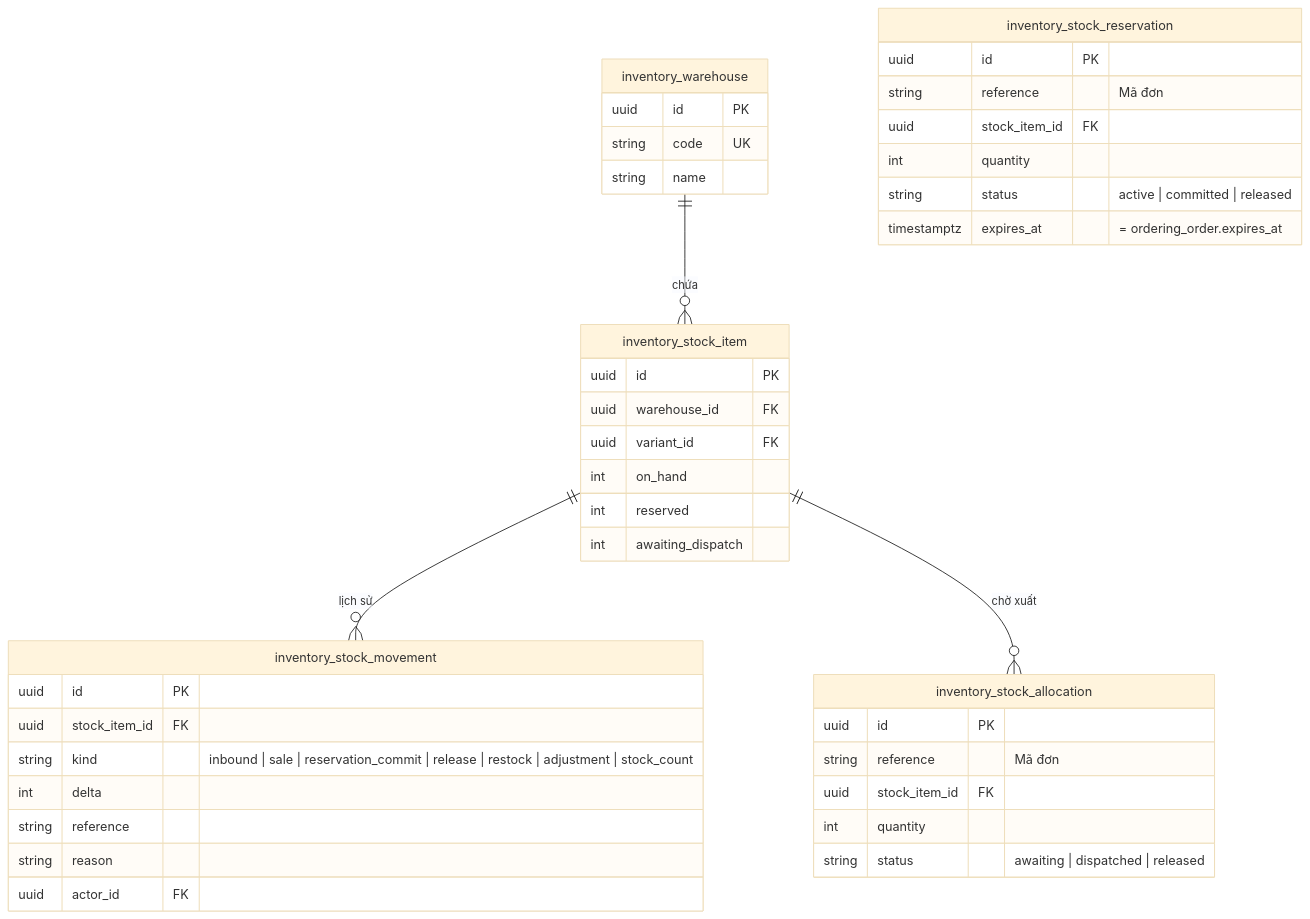
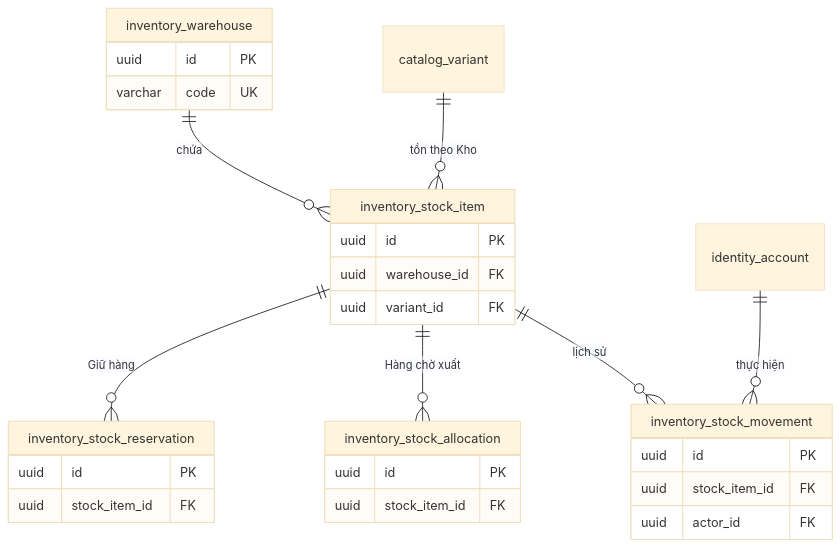
One commit to LuongCongThanh/boilerplate-ecommerce-next-16 changed the fifth of 10 diagrams in docs/architecture/03-data-model.md. Above: the diagram before and after it, drawn with Mermaid (base theme). The commit also changed other lines of this file and 21 other files, not shown here.

````diff
--- a/docs/architecture/03-data-model.md
+++ b/docs/architecture/03-data-model.md
@@ -267,43 +572,31 @@
 ```mermaid
 erDiagram
     inventory_warehouse ||--o{ inventory_stock_item : "chứa"
+    catalog_variant ||--o{ inventory_stock_item : "tồn theo Kho"
+    inventory_stock_item ||--o{ inventory_stock_reservation : "Giữ hàng"
+    inventory_stock_item ||--o{ inventory_stock_allocation : "Hàng chờ xuất"
     inventory_stock_item ||--o{ inventory_stock_movement : "lịch sử"
-    inventory_stock_item ||--o{ inventory_stock_allocation : "chờ xuất"
+    identity_account ||--o{ inventory_stock_movement : "thực hiện"
     inventory_warehouse {
         uuid id PK
-        string code UK
-        string name
+        varchar code UK
     }
     inventory_stock_item {
         uuid id PK
         uuid warehouse_id FK
         uuid variant_id FK
-        int on_hand
-        int reserved
-        int awaiting_dispatch
+    }
+    inventory_stock_reservation {
+        uuid id PK
+        uuid stock_item_id FK
     }
     inventory_stock_allocation {
         uuid id PK
-        string reference "Mã đơn"
         uuid stock_item_id FK
-        int quantity
-        string status "awaiting | dispatched | released"
-    }
-    inventory_stock_reservation {
-        uuid id PK
-        string reference "Mã đơn"
-        uuid stock_item_id FK
-        int quantity
-        string status "active | committed | released"
-        timestamptz expires_at "= ordering_order.expires_at"
     }
     inventory_stock_movement {
         uuid id PK
         uuid stock_item_id FK
-        string kind "inbound | sale | reservation_commit | release | restock | adjustment | stock_count"
-        int delta
-        string reference
-        string reason
         uuid actor_id FK
     }
 ```
````
